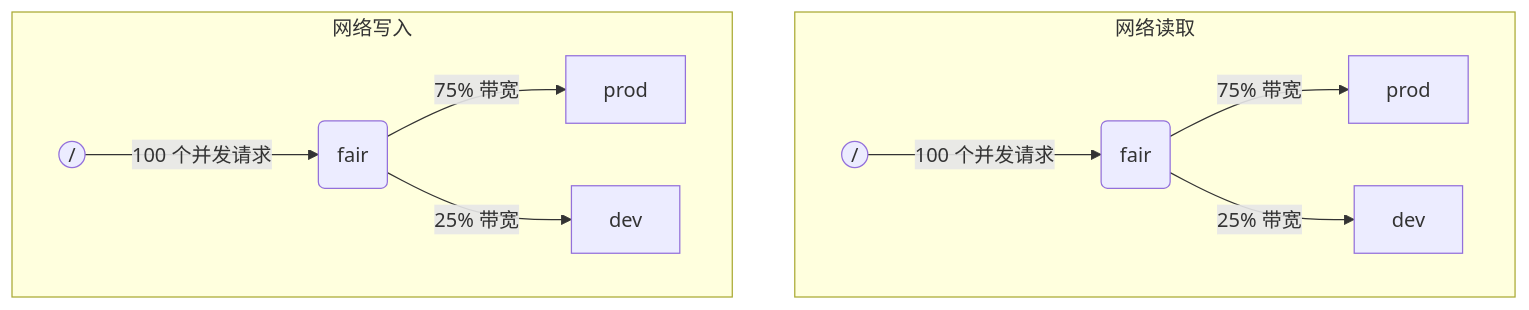
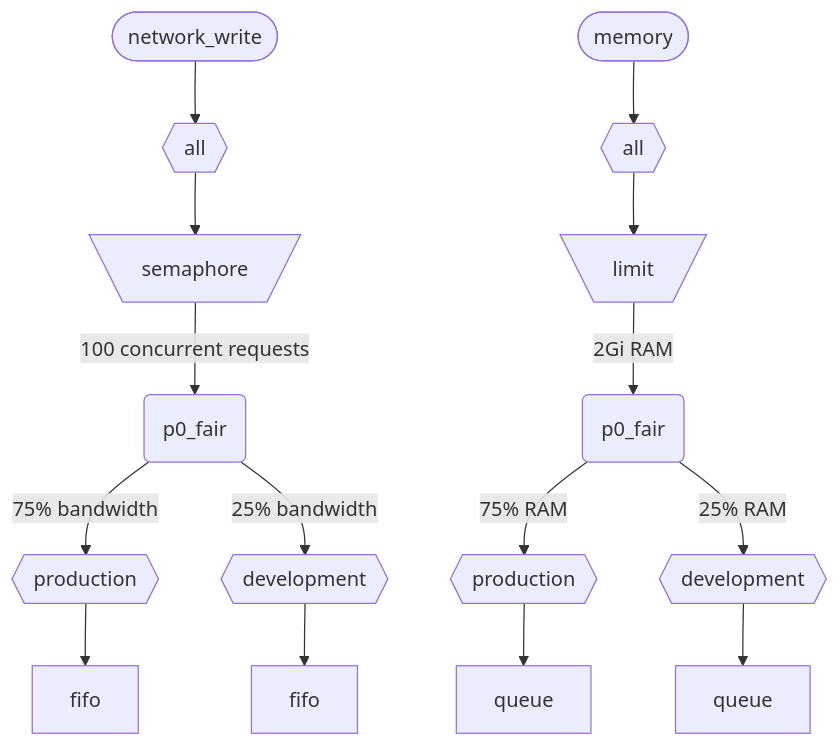
Before and after one commit to coderabbit-demo/clickhouse-demo: the third of 3 diagrams in docs/zh/concepts/features/configuration/server-config/workload-scheduling.mdx, drawn with Mermaid. The commit also changed other lines of this file and 17650 other files, not shown here.

````diff
--- a/docs/zh/concepts/features/configuration/server-config/workload-scheduling.mdx
+++ b/docs/zh/concepts/features/configuration/server-config/workload-scheduling.mdx
@@ -94,18 +427,22 @@
 ```mermaid
 graph TD
-    subgraph 网络读取
-    nr_root(("/"))
-    -->|100 个并发请求| nr_fair("fair")
-    -->|75% 带宽| nr_prod["prod"]
-    nr_fair
-    -->|25% 带宽| nr_dev["dev"]
-    end
+    nw_root(["network_write"])
+    -->nw_all{{"all"}}
+    -->nw_semp[\"semaphore"/]
+    -->|100 concurrent requests| nw_fair("p0_fair")
+    -->|75% bandwidth| nw_prod{{"production"}}
+    -->nw_prod_q["fifo"]
+    nw_fair
+    -->|25% bandwidth| nw_dev{{"development"}}
+    -->nw_dev_q["fifo"]
 
-    subgraph 网络写入
-    nw_root(("/"))
-    -->|100 个并发请求| nw_fair("fair")
-    -->|75% 带宽| nw_prod["prod"]
-    nw_fair
-    -->|25% 带宽| nw_dev["dev"]
-    end
+    mem_root(["memory"])
+    -->mem_all{{"all"}}
+    -->mem_semp[\"limit"/]
+    -->|2Gi RAM| mem_fair("p0_fair")
+    -->|75% RAM| mem_prod{{"production"}}
+    -->mem_prod_q["queue"]
+    mem_fair
+    -->|25% RAM| mem_dev{{"development"}}
+    -->mem_dev_q["queue"]
 ```
````
